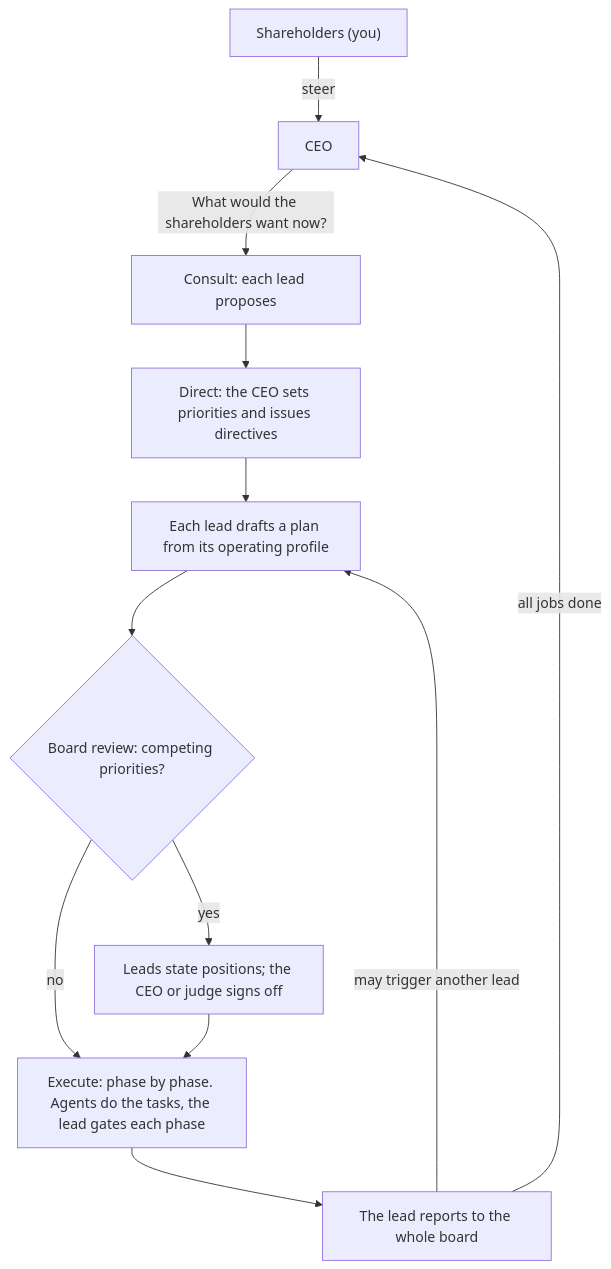
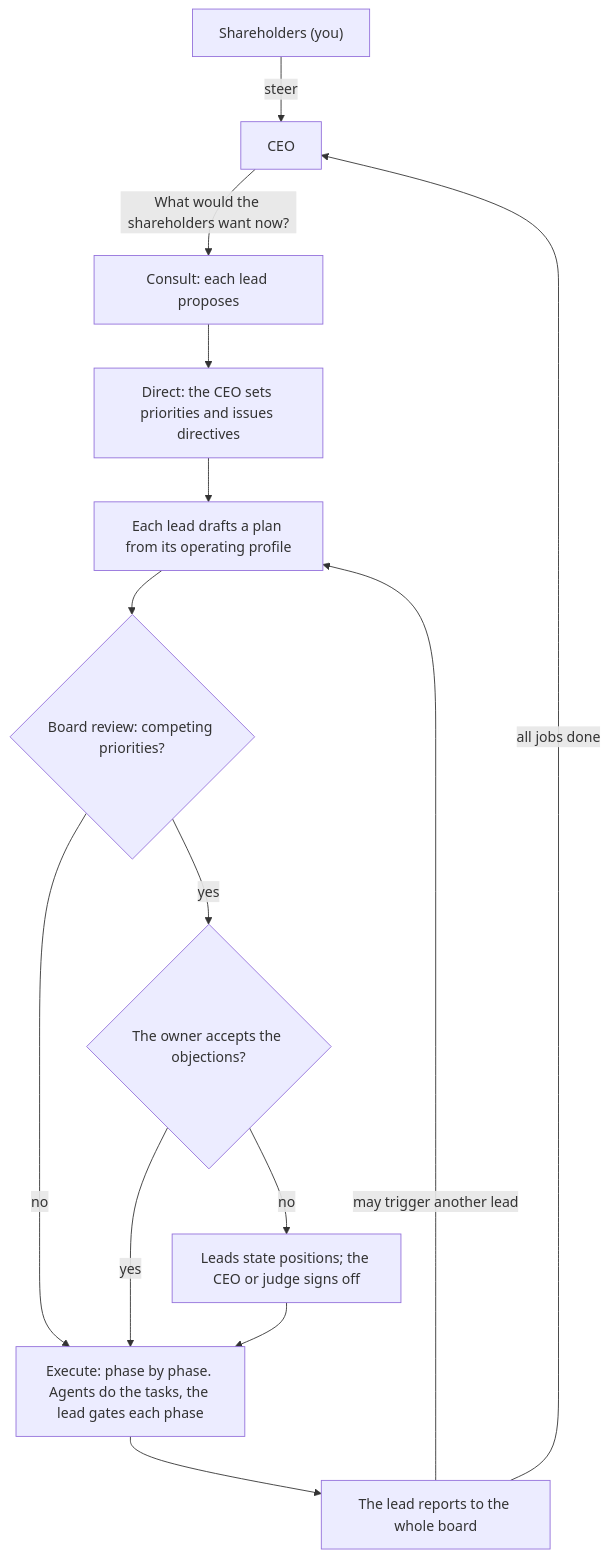
The diagram in README.md (PolyLabs-research/the_organisation), drawn with Mermaid before and after one commit. The commit also changed other lines of this file and 10 other files, not shown here.

First line of the commit message:
Let a plan's owner accept objections without the board sitting

````diff
--- a/README.md
+++ b/README.md
@@ -131,14 +131,16 @@
 ```mermaid
 flowchart TD
   S["Shareholders (you)"] -- steer --> CEO
   CEO -- "What would the shareholders want now?" --> C["Consult: each lead proposes"]
   C --> D["Direct: the CEO sets priorities and issues directives"]
   D --> P["Each lead drafts a plan from its operating profile"]
   P --> R{"Board review: competing priorities?"}
   R -- no --> X["Execute: phase by phase. Agents do the tasks, the lead gates each phase"]
-  R -- yes --> B["Leads state positions; the CEO or judge signs off"]
+  R -- yes --> O{"The owner accepts the objections?"}
+  O -- yes --> X
+  O -- no --> B["Leads state positions; the CEO or judge signs off"]
   B --> X
   X --> Rep["The lead reports to the whole board"]
   Rep -- "may trigger another lead" --> P
   Rep -- "all jobs done" --> CEO
 ```
````
